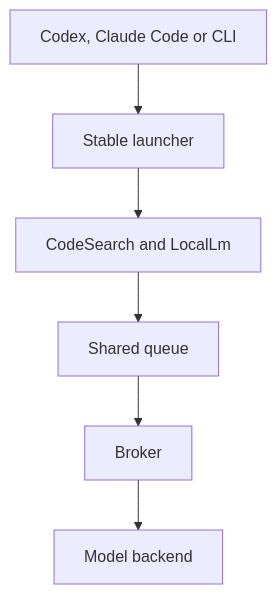
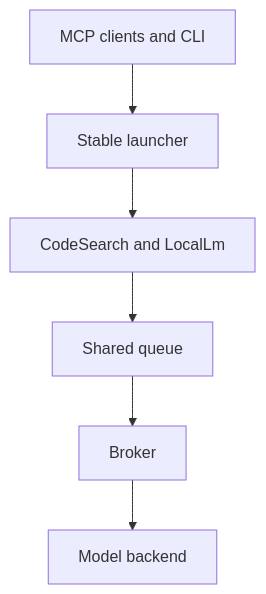
One commit to MrAliev/local-ai-toolkit changed the first of 2 diagrams in docs/wiki/Architecture.md. Above: the diagram before and after it, drawn with Mermaid. The commit also changed 19 other files, not shown here.

````diff
--- a/docs/wiki/Architecture.md
+++ b/docs/wiki/Architecture.md
@@ -9,8 +9,8 @@
 ```mermaid
 flowchart TB
-  clients["Codex, Claude Code or CLI"] --> launcher["Stable launcher"]
+  clients["MCP clients and CLI"] --> launcher["Stable launcher"]
   launcher --> tools["CodeSearch and LocalLm"]
   tools --> queue["Shared queue"]
   queue --> broker["Broker"]
   broker --> models["Model backend"]
 ```
````
